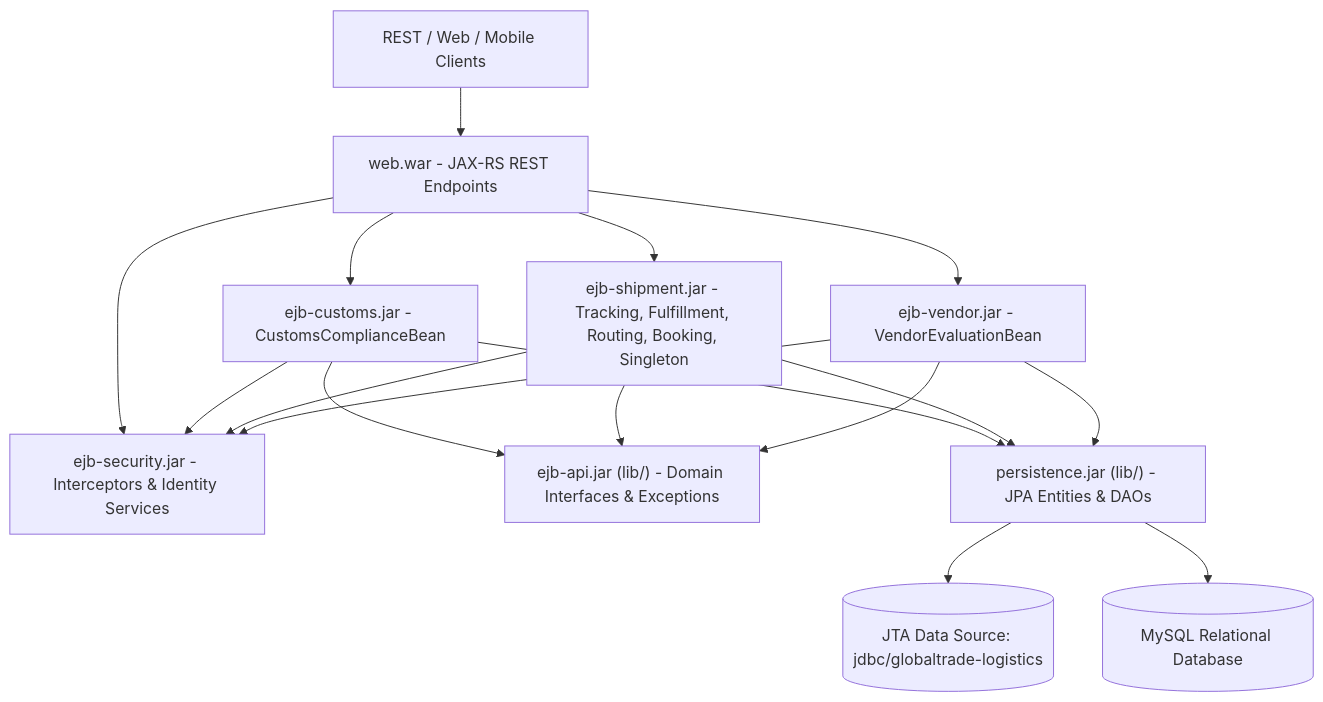
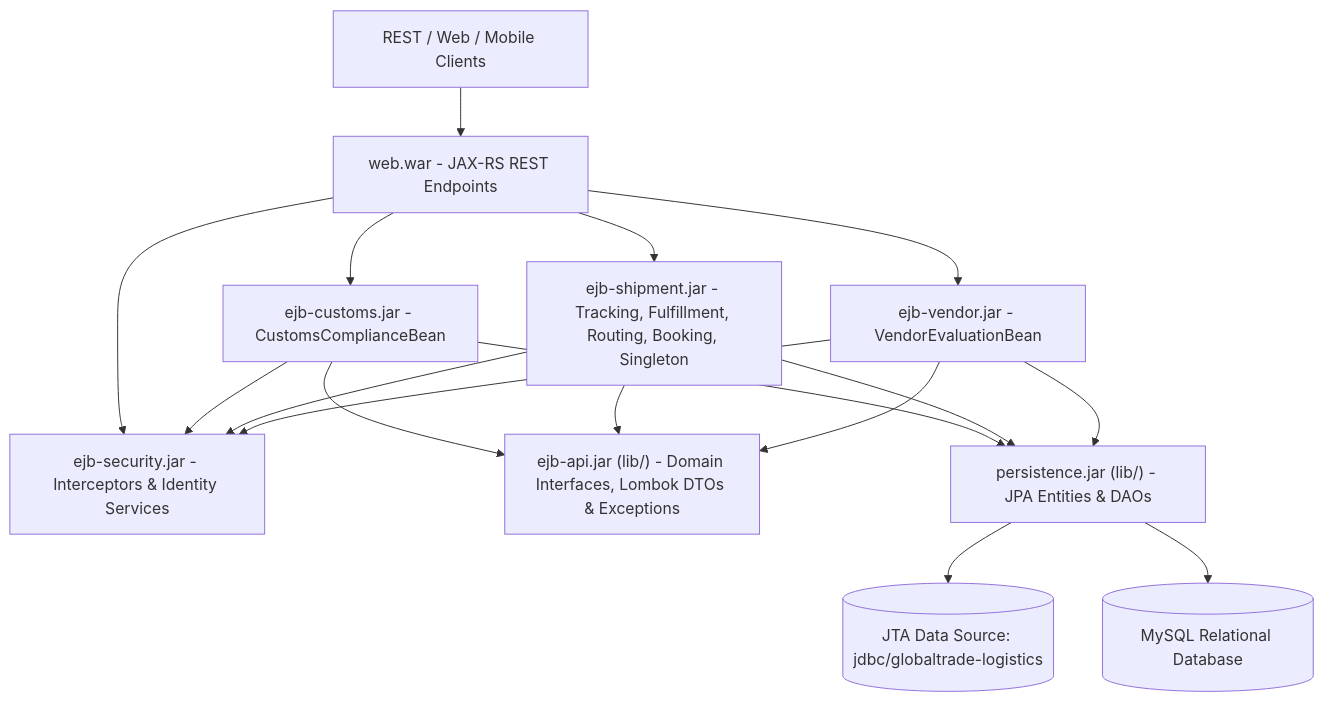
Before and after one commit to RaminSenanayake/GlobalTrade-Logistics: the first of 2 diagrams in TECHNICAL_IMPLEMENTATION_DOCUMENTATION.md, drawn with Mermaid. The commit also changed other lines of this file and 3 other files, not shown here.

````diff
--- a/TECHNICAL_IMPLEMENTATION_DOCUMENTATION.md
+++ b/TECHNICAL_IMPLEMENTATION_DOCUMENTATION.md
@@ -27,19 +27,19 @@
 ```mermaid
 graph TD
     Client["REST / Web / Mobile Clients"] --> WebWAR["web.war - JAX-RS REST Endpoints"]
     WebWAR --> EjbSec["ejb-security.jar - Interceptors & Identity Services"]
     WebWAR --> EjbCustoms["ejb-customs.jar - CustomsComplianceBean"]
     WebWAR --> EjbShipment["ejb-shipment.jar - Tracking, Fulfillment, Routing, Booking, Singleton"]
     WebWAR --> EjbVendor["ejb-vendor.jar - VendorEvaluationBean"]
-    EjbCustoms --> EjbAPI["ejb-api.jar (lib/) - Domain Interfaces & Exceptions"]
+    EjbCustoms --> EjbAPI["ejb-api.jar (lib/) - Domain Interfaces, Lombok DTOs & Exceptions"]
     EjbShipment --> EjbAPI
     EjbVendor --> EjbAPI
     EjbCustoms --> EjbSec
     EjbShipment --> EjbSec
     EjbVendor --> EjbSec
     EjbCustoms --> PersistenceJAR["persistence.jar (lib/) - JPA Entities & DAOs"]
     EjbShipment --> PersistenceJAR
     EjbVendor --> PersistenceJAR
     PersistenceJAR --> JTA[("JTA Data Source: jdbc/globaltrade-logistics")]
     PersistenceJAR --> DB[("MySQL Relational Database")]
 ```
````
